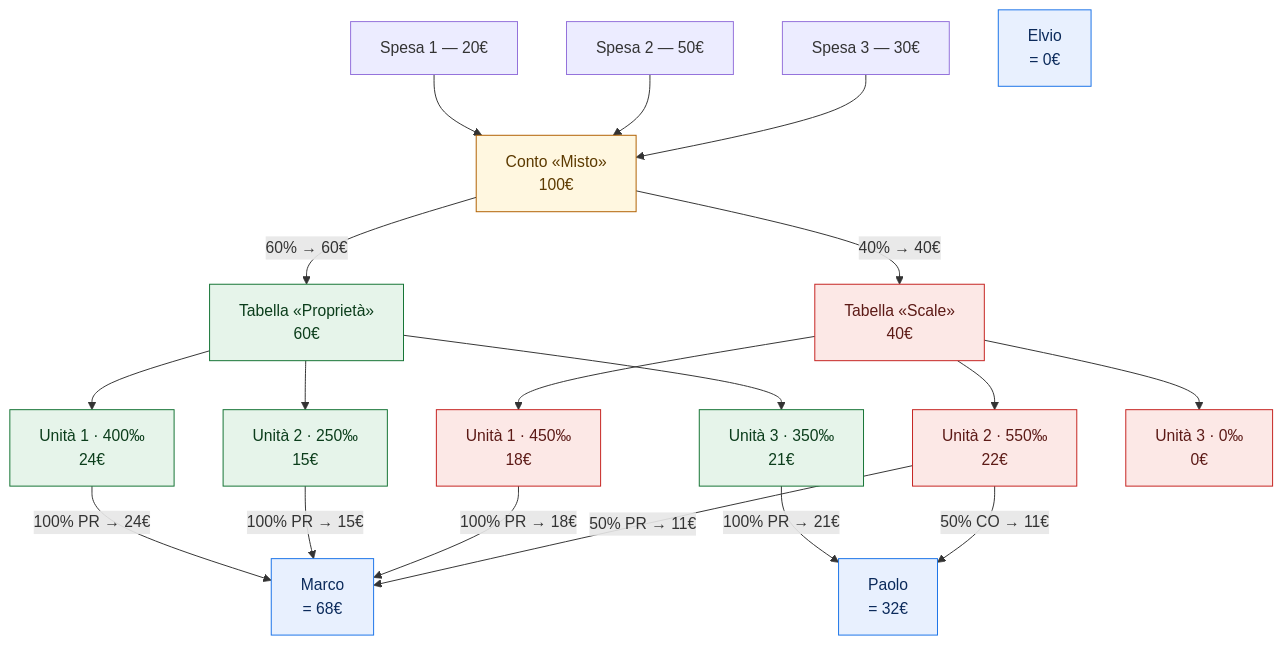
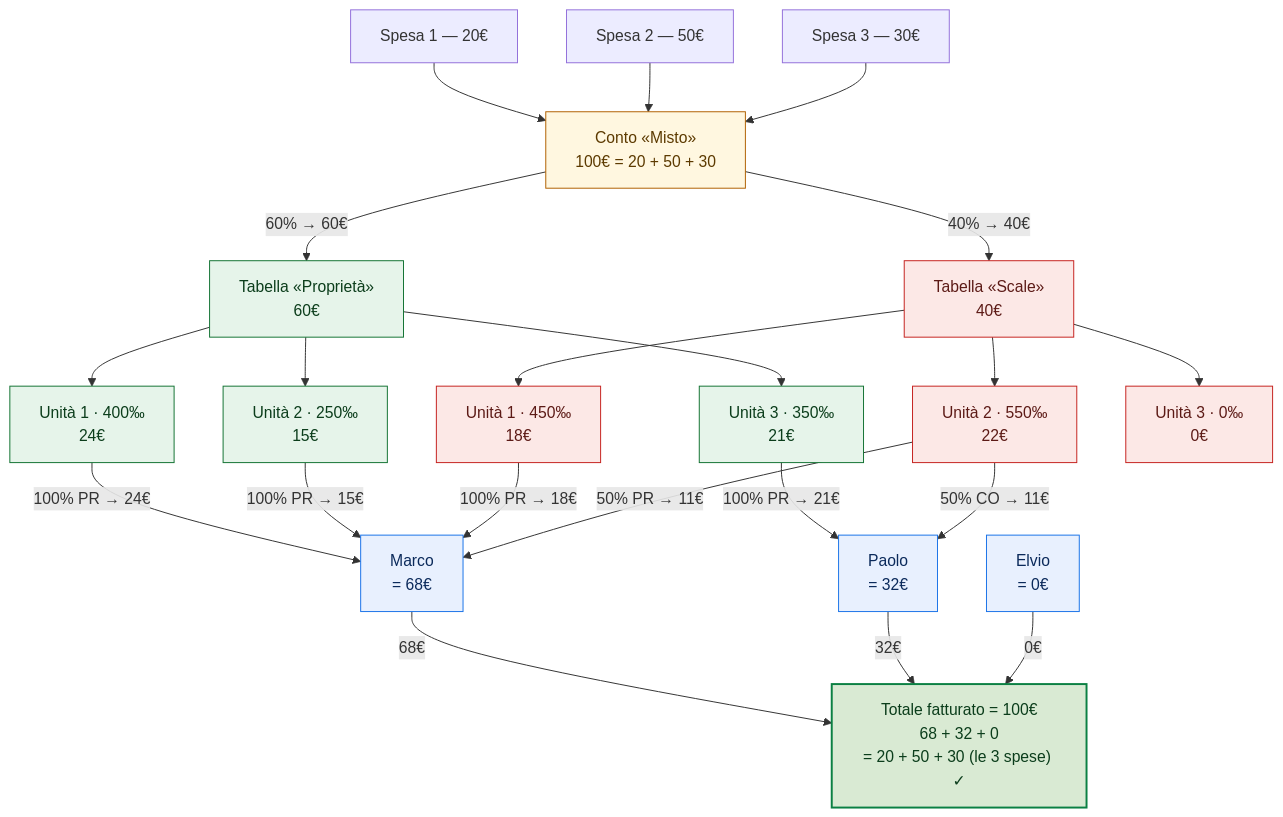
Before and after one commit to bettersoftware-io/condo-ledger: the seventh of 7 diagrams in docs/domain/accounting-and-distribution.md, drawn with Mermaid. The commit also changed 1 other file, not shown here.

Commit message:
docs(domain): close the reconciliation loop in the worked-example diagram
Add a green 'Totale fatturato = 100€' node fed by the three payers (68 + 32 + 0)
and echo '= 20 + 50 + 30' on both the Misto account (top) and the total (bottom),
so the diagram itself shows billed-to-payers == sum-of-original-expenses.

````diff
--- a/docs/domain/accounting-and-distribution.md
+++ b/docs/domain/accounting-and-distribution.md
@@ -291,40 +291,47 @@
 ```mermaid
 flowchart TD
   E1["Spesa 1 — 20€"]
   E2["Spesa 2 — 50€"]
   E3["Spesa 3 — 30€"]
-  M["Conto «Misto»<br/>100€"]
+  M["Conto «Misto»<br/>100€ = 20 + 50 + 30"]
   E1 --> M
   E2 --> M
   E3 --> M
 
   M -->|"60% → 60€"| P["Tabella «Proprietà»<br/>60€"]
   M -->|"40% → 40€"| S["Tabella «Scale»<br/>40€"]
 
   P --> PU1["Unità 1 · 400‰<br/>24€"]
   P --> PU2["Unità 2 · 250‰<br/>15€"]
   P --> PU3["Unità 3 · 350‰<br/>21€"]
   S --> SU1["Unità 1 · 450‰<br/>18€"]
   S --> SU2["Unità 2 · 550‰<br/>22€"]
   S --> SU3["Unità 3 · 0‰<br/>0€"]
 
   PU1 -->|"100% PR → 24€"| MARCO
   PU2 -->|"100% PR → 15€"| MARCO
   PU3 -->|"100% PR → 21€"| PAOLO
   SU1 -->|"100% PR → 18€"| MARCO
   SU2 -->|"50% PR → 11€"| MARCO
   SU2 -->|"50% CO → 11€"| PAOLO
 
   MARCO["Marco<br/>= 68€"]
   PAOLO["Paolo<br/>= 32€"]
   ELVIO["Elvio<br/>= 0€"]
 
+  MARCO -->|"68€"| TOT
+  PAOLO -->|"32€"| TOT
+  ELVIO -->|"0€"| TOT
+  TOT["Totale fatturato = 100€<br/>68 + 32 + 0<br/>= 20 + 50 + 30 (le 3 spese) ✓"]
+
   classDef prop fill:#e6f4ea,stroke:#137333,color:#0b3d1b;
   classDef scale fill:#fce8e6,stroke:#c5221f,color:#5c1a16;
   classDef payer fill:#e8f0fe,stroke:#1a73e8,color:#0b2a5b;
   classDef acct fill:#fff7e0,stroke:#b06000,color:#5c3a00;
+  classDef total fill:#d9ead3,stroke:#0b8043,color:#0b3d1b,stroke-width:2px;
   class P,PU1,PU2,PU3 prop
   class S,SU1,SU2,SU3 scale
   class MARCO,PAOLO,ELVIO payer
   class M acct
+  class TOT total
 ```
````
